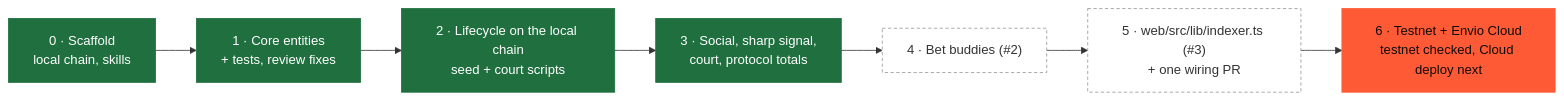
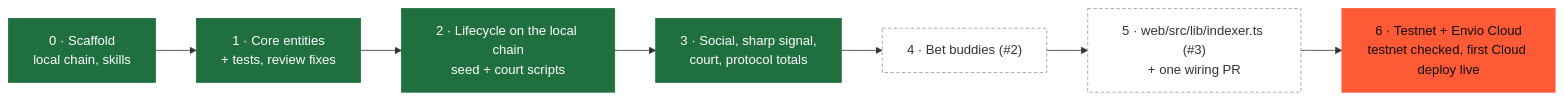
Diagram 11 of 11 in indexer/ARCHITECTURE.md (kleos-predictions/kleos), drawn with Mermaid before and after one commit. The commit also changed other lines of this file and 2 other files, not shown here.

Commit message:
Docs: correct the test count and deployment status
The contract suite has 48 tests, and the contracts and the first
Envio Cloud indexer deployment are live on Monad testnet.

````diff
--- a/indexer/ARCHITECTURE.md
+++ b/indexer/ARCHITECTURE.md
@@ -377,14 +377,14 @@
 ```mermaid
 flowchart LR
   p0["0 · Scaffold<br/>local chain, skills"]:::done
   p1["1 · Core entities<br/>+ tests, review fixes"]:::done
   p2["2 · Lifecycle on the local chain<br/>seed + court scripts"]:::done
   p3["3 · Social, sharp signal,<br/>court, protocol totals"]:::done
   p4["4 · Bet buddies (#2)"]:::todo
   p5["5 · web/src/lib/indexer.ts (#3)<br/>+ one wiring PR"]:::todo
-  p6["6 · Testnet + Envio Cloud<br/>testnet checked, Cloud deploy next"]:::next
+  p6["6 · Testnet + Envio Cloud<br/>testnet checked, first Cloud deploy live"]:::next
   p0 --> p1 --> p2 --> p3 --> p4 --> p5 --> p6
   classDef done fill:#1f6f3f,stroke:#1f6f3f,color:#fff
   classDef next fill:#ff5a36,stroke:#ff5a36,color:#0d0c0b
   classDef todo fill:#fff,stroke:#999,color:#333,stroke-dasharray: 4 3
 ```
````
